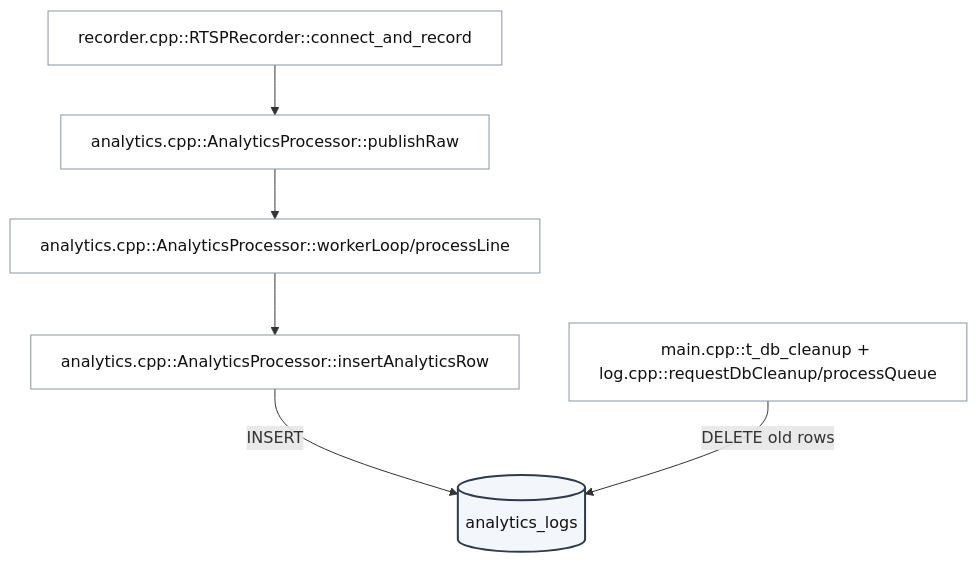
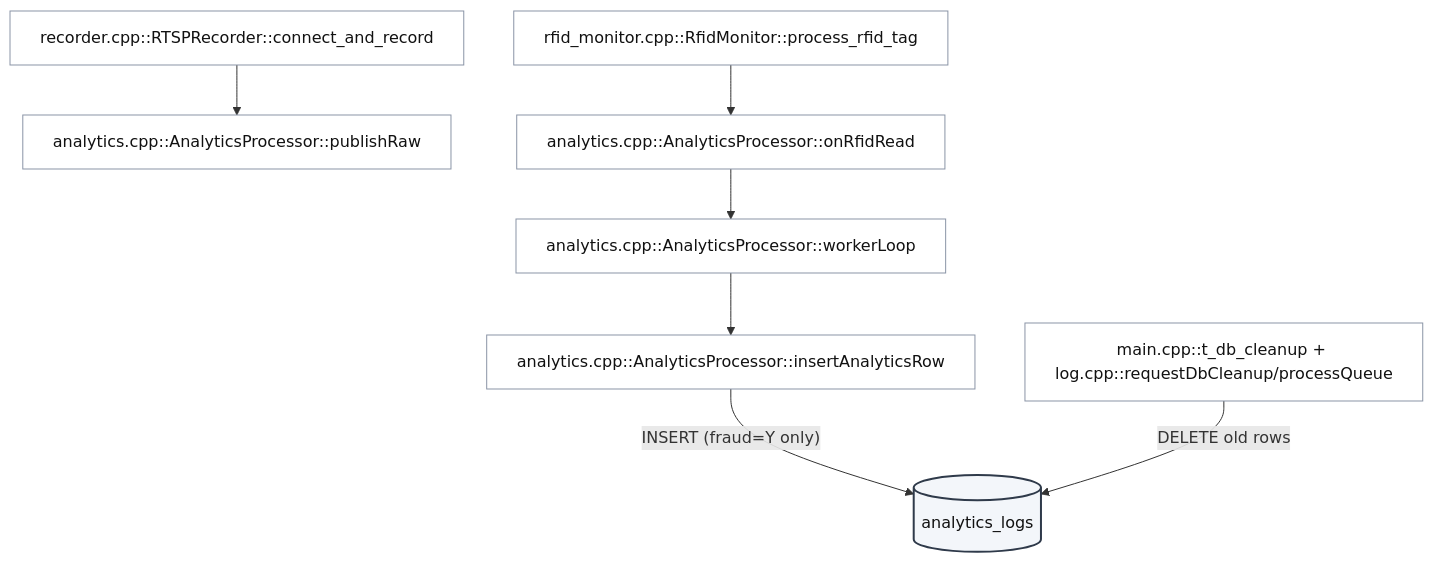
Before and after one commit to VEDA36tmea1/SFEPS: the fourth of 6 diagrams in docs/notion_db_flow.md, drawn with Mermaid. The commit also changed other lines of this file and 19 other files, not shown here.

````diff
--- a/docs/notion_db_flow.md
+++ b/docs/notion_db_flow.md
@@ -88,16 +85,19 @@
 ```mermaid
 flowchart TB
     classDef table fill:#f3f6fa,stroke:#2f3a4a,stroke-width:2px,color:#111;
     classDef func fill:#ffffff,stroke:#8a94a6,color:#111;
 
     T[(analytics_logs)]:::table
     F0["recorder.cpp::RTSPRecorder::connect_and_record"]:::func
     F1["analytics.cpp::AnalyticsProcessor::publishRaw"]:::func
-    F2["analytics.cpp::AnalyticsProcessor::workerLoop/processLine"]:::func
-    F3["analytics.cpp::AnalyticsProcessor::insertAnalyticsRow"]:::func
-    F4["main.cpp::t_db_cleanup + log.cpp::requestDbCleanup/processQueue"]:::func
+    F2["rfid_monitor.cpp::RfidMonitor::process_rfid_tag"]:::func
+    F3["analytics.cpp::AnalyticsProcessor::onRfidRead"]:::func
+    F4["analytics.cpp::AnalyticsProcessor::workerLoop"]:::func
+    F5["analytics.cpp::AnalyticsProcessor::insertAnalyticsRow"]:::func
+    F6["main.cpp::t_db_cleanup + log.cpp::requestDbCleanup/processQueue"]:::func
 
-    F0 --> F1 --> F2 --> F3
-    F3 -- "INSERT" --> T
-    F4 -- "DELETE old rows" --> T
+    F0 --> F1
+    F2 --> F3 --> F4 --> F5
+    F5 -- "INSERT (fraud=Y only)" --> T
+    F6 -- "DELETE old rows" --> T
 ```
````
